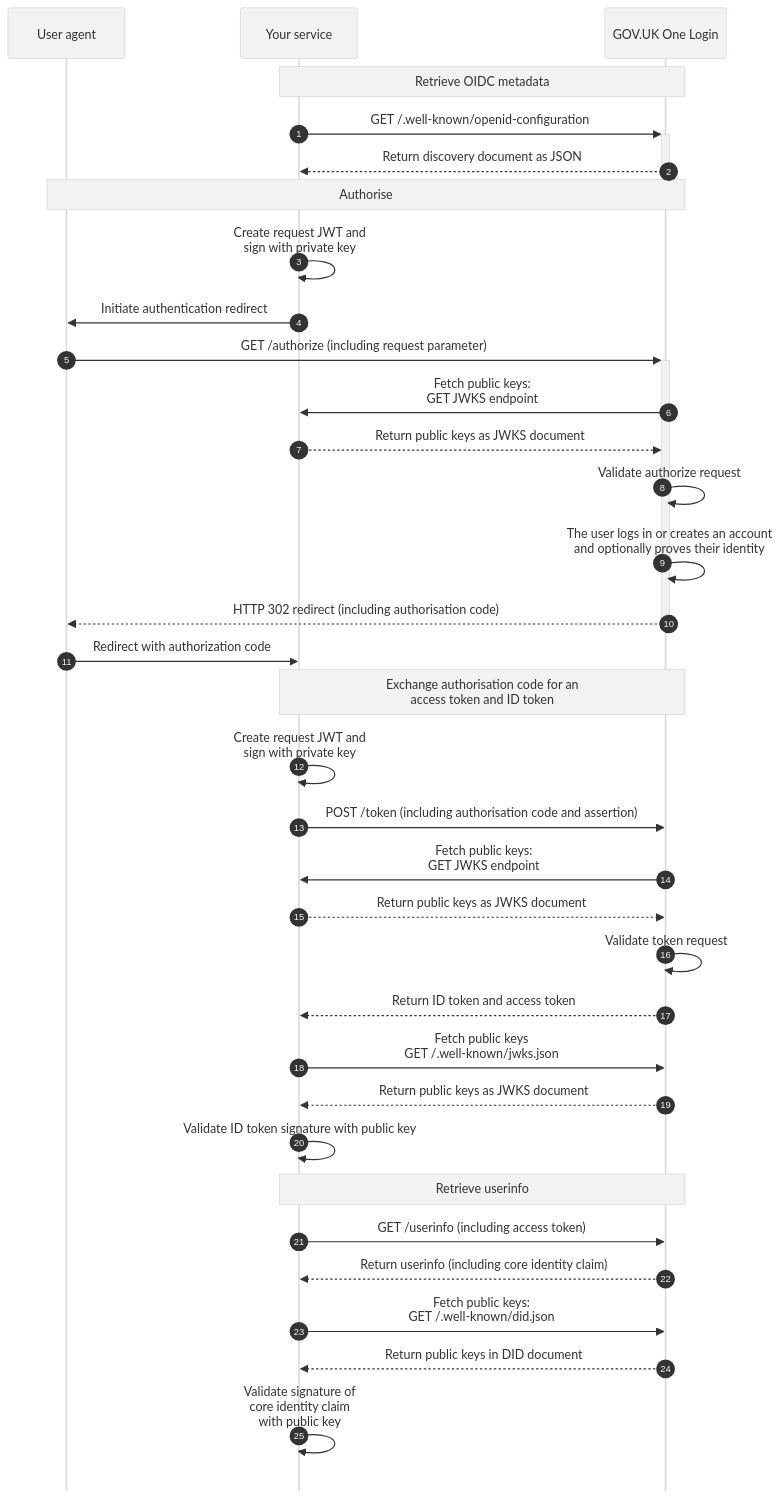
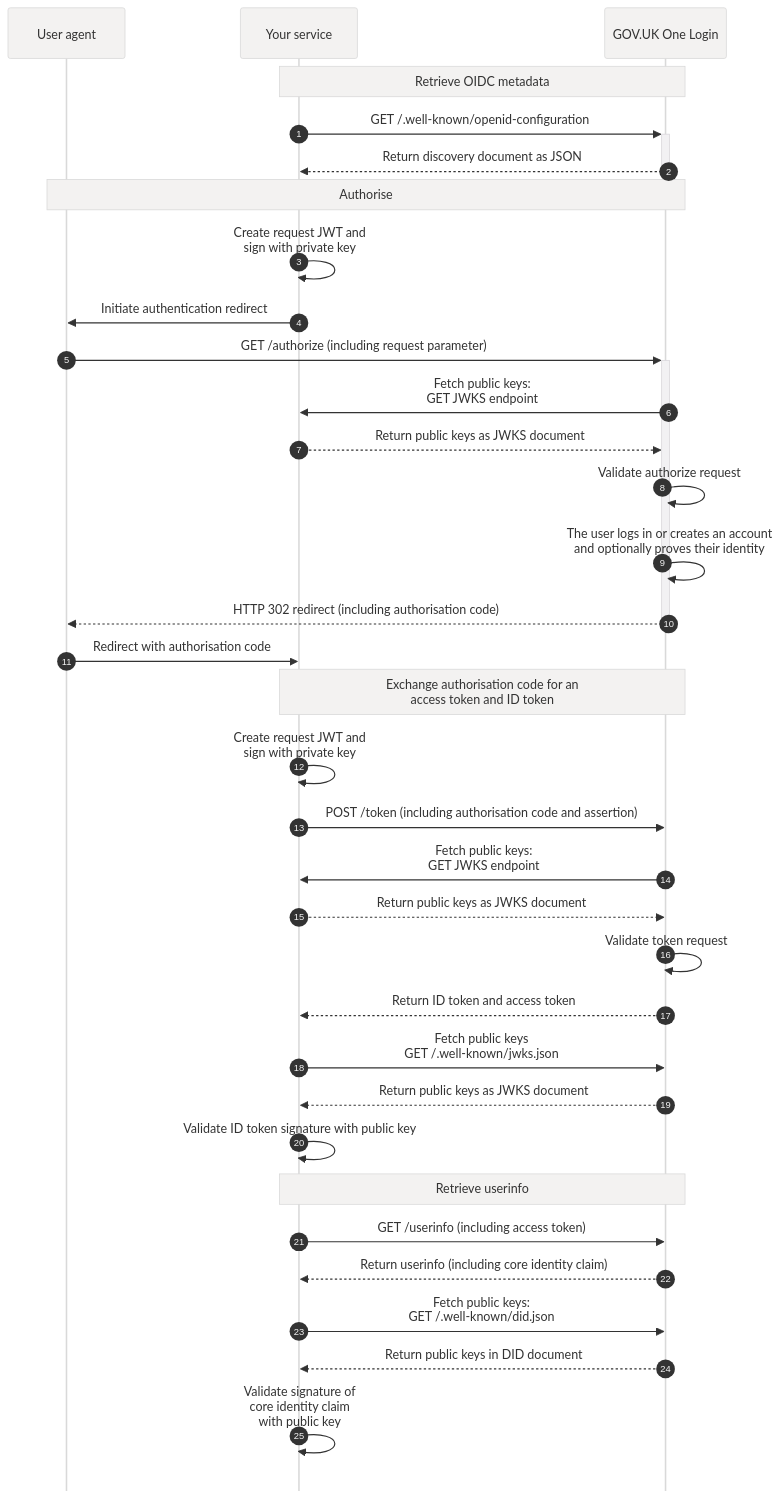
The diagram in source/images/originals/technical-flow-diagram-extended.mmd (govuk-one-login/tech-docs), drawn with Mermaid before and after one commit. The commit also changed 3 other files, not shown here.

```diff
--- a/source/images/originals/technical-flow-diagram-extended.mmd
+++ b/source/images/originals/technical-flow-diagram-extended.mmd
@@ -1,43 +1,43 @@
 ---
 config:
   mirrorActors: false
   theme: base
   themeVariables:
     primaryColor: "#f3f2f1"
     fontSize: 24px 
     noteBkgColor: "#f3f2f1"  
 ---
 ﻿﻿sequenceDiagram
   autonumber
   participant UA as User agent
   participant S as Your service
   participant OL as GOV.UK One Login
   Note over S,OL: Retrieve OIDC metadata
   S->>+OL: GET /.well-known/openid-configuration
   OL-->>-S: Return discovery document as JSON 
   Note over UA,OL: Authorise
   S->>S: Create request JWT and <br/>sign with private key
   S->>UA: Initiate authentication redirect
   UA->>+OL: GET /authorize (including request parameter)
   OL->>S: Fetch public keys:<br/>GET JWKS endpoint
   S-->>OL: Return public keys as JWKS document
   OL->>OL: Validate authorize request
   OL->>OL: The user logs in or creates an account<br/>and optionally proves their identity
   OL-->>-UA: HTTP 302 redirect (including authorisation code)
-  UA->>S: Redirect with authorization code
+  UA->>S: Redirect with authorisation code
   Note over S,OL: Exchange authorisation code for an <br/>access token and ID token
   S->>S: Create request JWT and <br/>sign with private key
   S->>OL: POST /token (including authorisation code and assertion)
   OL->>S: Fetch public keys:<br/>GET JWKS endpoint
   S-->>OL: Return public keys as JWKS document
   OL->>OL: Validate token request
   OL-->>S: Return ID token and access token
   S->>OL: Fetch public keys<br/>GET /.well-known/jwks.json
   OL-->>S: Return public keys as JWKS document 
   S->>S: Validate ID token signature with public key
   Note over S,OL: Retrieve userinfo 
   S->>OL: GET /userinfo (including access token)
   OL-->>S: Return userinfo (including core identity claim)
   S->>OL: Fetch public keys:<br/>GET /.well-known/did.json
   OL-->>S: Return public keys in DID document
   S->>S: Validate signature of<br/>core identity claim<br/>with public key 
```
